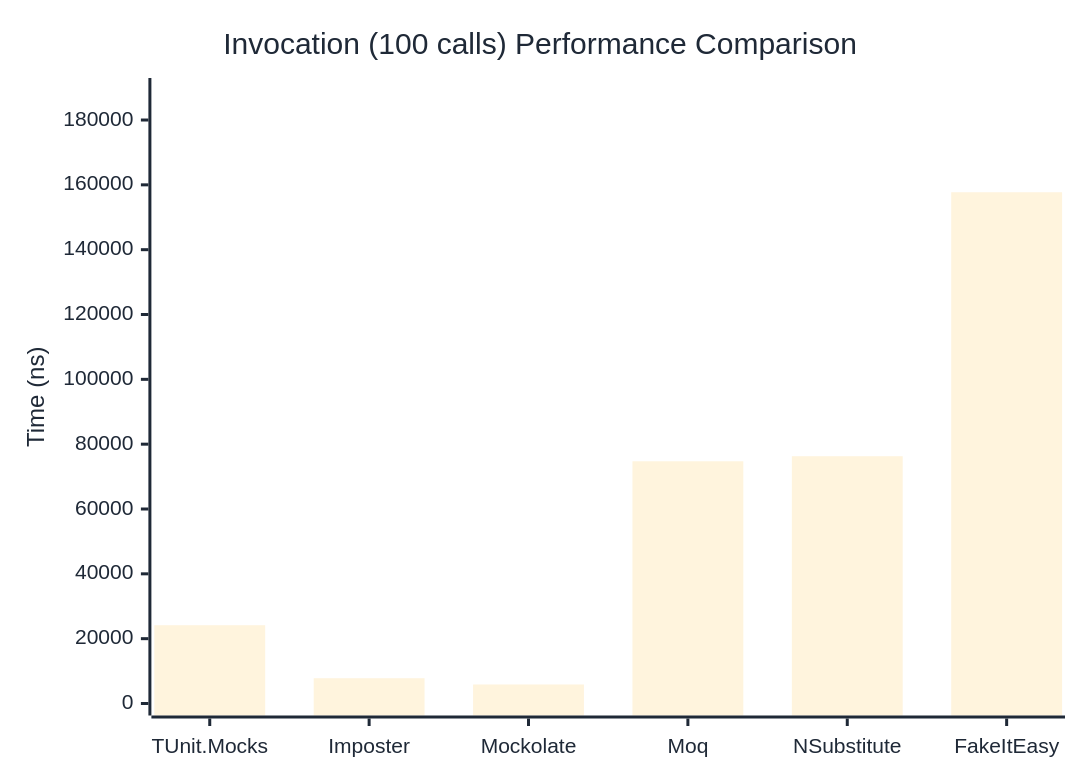
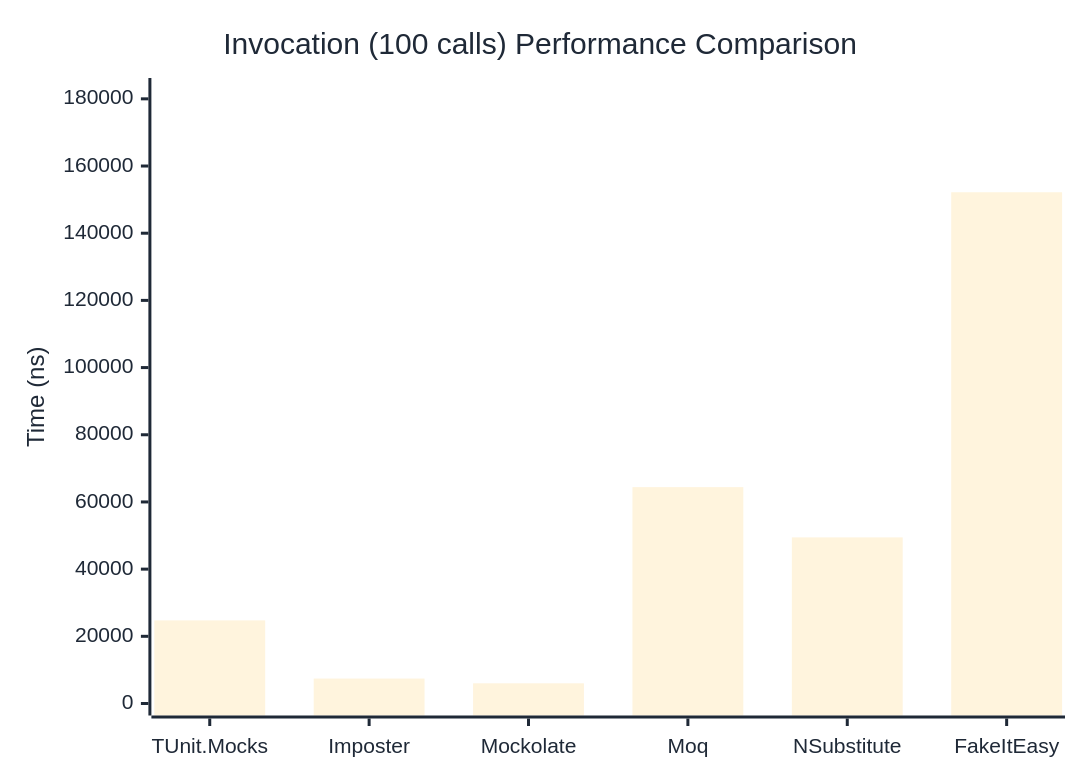
One commit to thomhurst/TUnit changed the third of 3 diagrams in docs/docs/benchmarks/mocks/Invocation.md. Above: the diagram before and after it, drawn with Mermaid. The commit also changed other lines of this file and 14 other files, not shown here.

````diff
--- a/docs/docs/benchmarks/mocks/Invocation.md
+++ b/docs/docs/benchmarks/mocks/Invocation.md
@@ -112,27 +112,27 @@
 ```mermaid
 %%{init: {
   'theme':'base',
   'themeVariables': {
     'primaryColor': '#2563eb',
     'primaryTextColor': '#1f2937',
     'primaryBorderColor': '#1e40af',
     'lineColor': '#6b7280',
     'secondaryColor': '#7c3aed',
     'tertiaryColor': '#dc2626',
     'background': '#ffffff',
     'pie1': '#2563eb',
     'pie2': '#7c3aed',
     'pie3': '#dc2626',
     'pie4': '#f59e0b',
     'pie5': '#10b981',
     'pie6': '#06b6d4',
     'pie7': '#ec4899',
     'pie8': '#6366f1'
   }
 }}%%
 xychart-beta
   title "Invocation (100 calls) Performance Comparison"
   x-axis ["TUnit.Mocks", "Imposter", "Mockolate", "Moq", "NSubstitute", "FakeItEasy"]
-  y-axis "Time (ns)" 0 --> 189260
-  bar [24152.53, 7797.08, 5867.52, 74721.67, 76283.63, 157716.12]
+  y-axis "Time (ns)" 0 --> 182631
+  bar [24743.02, 7419.73, 6010.5, 64409.13, 49446.31, 152191.69]
 ```
````
